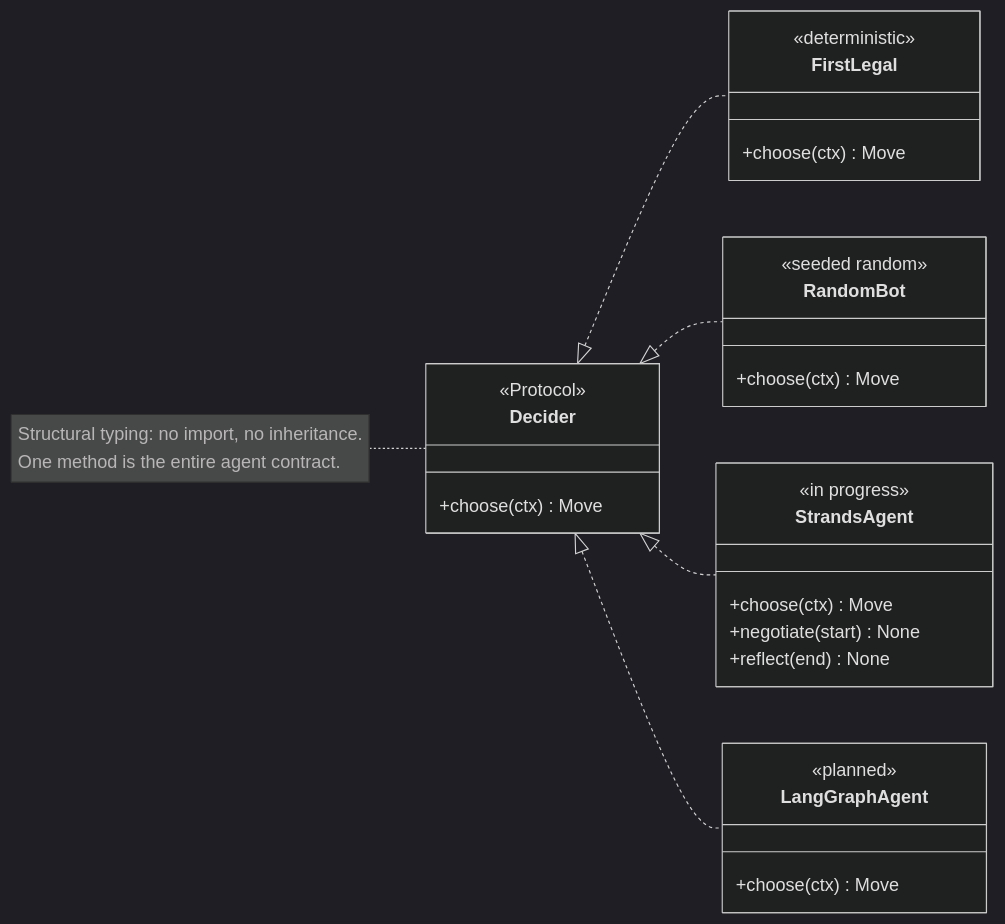
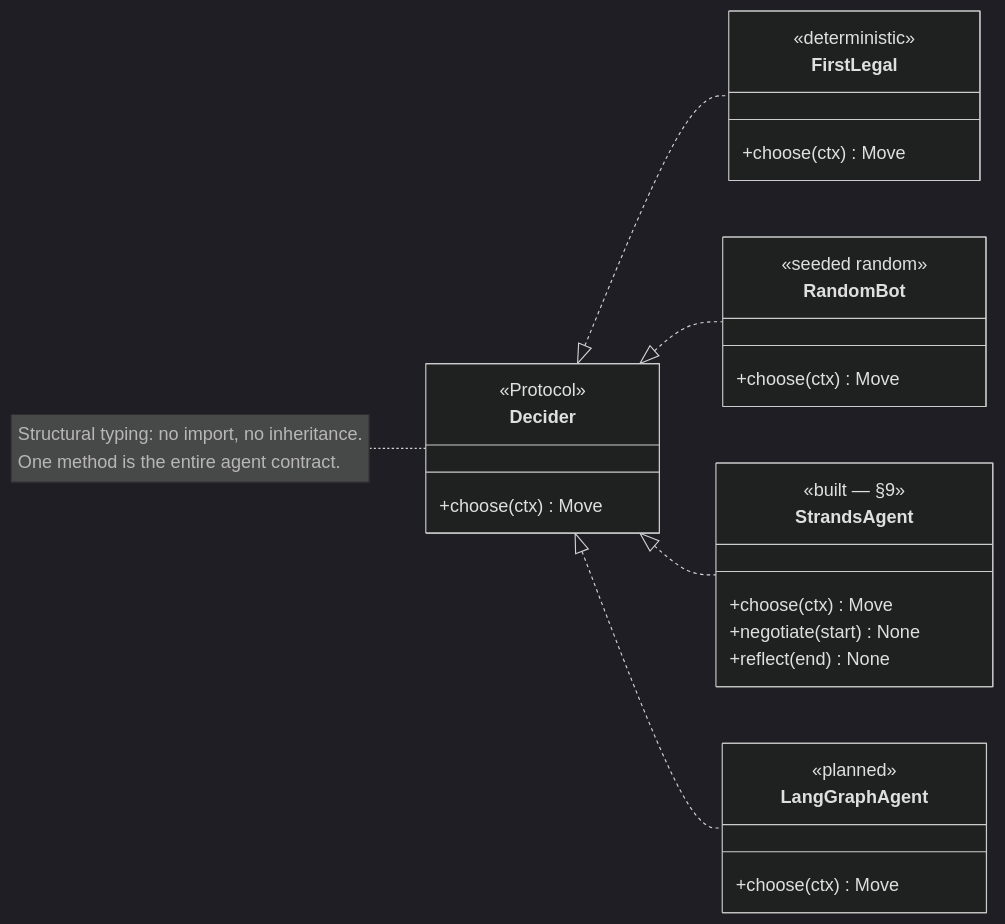
One commit to itamittech/llmeval changed the second of 20 diagrams in docs/projects/ludo/class-design.md. Above: the diagram before and after it, drawn with Mermaid (dark theme). The commit also changed other lines of this file and 5 other files, not shown here.

First line of the commit message:
docs(class-design): draw the Spring AI harness (§10); real system-flow diagram in overview; truth sweep

````diff
--- a/docs/projects/ludo/class-design.md
+++ b/docs/projects/ludo/class-design.md
@@ -203,34 +203,34 @@
 ```mermaid
 classDiagram
     direction LR
 
     class Decider {
         <<Protocol>>
         +choose(ctx) Move
     }
     class FirstLegal {
         <<deterministic>>
         +choose(ctx) Move
     }
     class RandomBot {
         <<seeded random>>
         +choose(ctx) Move
     }
     class StrandsAgent {
-        <<in progress>>
+        <<built — §9>>
         +choose(ctx) Move
         +negotiate(start) None
         +reflect(end) None
     }
     class LangGraphAgent {
         <<planned>>
         +choose(ctx) Move
     }
 
     Decider <|.. FirstLegal
     Decider <|.. RandomBot
     Decider <|.. StrandsAgent
     Decider <|.. LangGraphAgent
 
     note for Decider "Structural typing: no import, no inheritance.<br/>One method is the entire agent contract."
 ```
````
